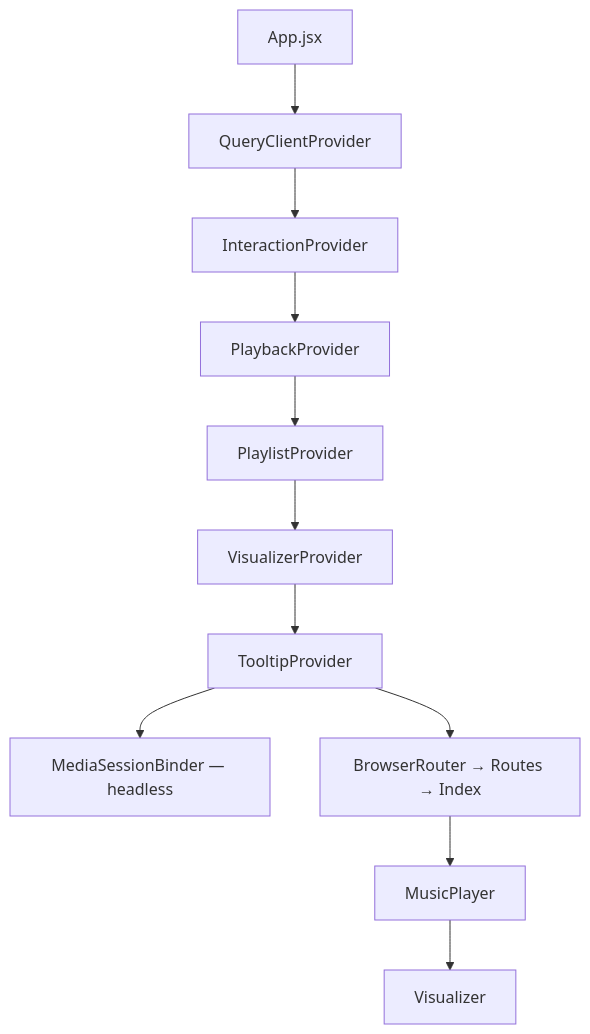
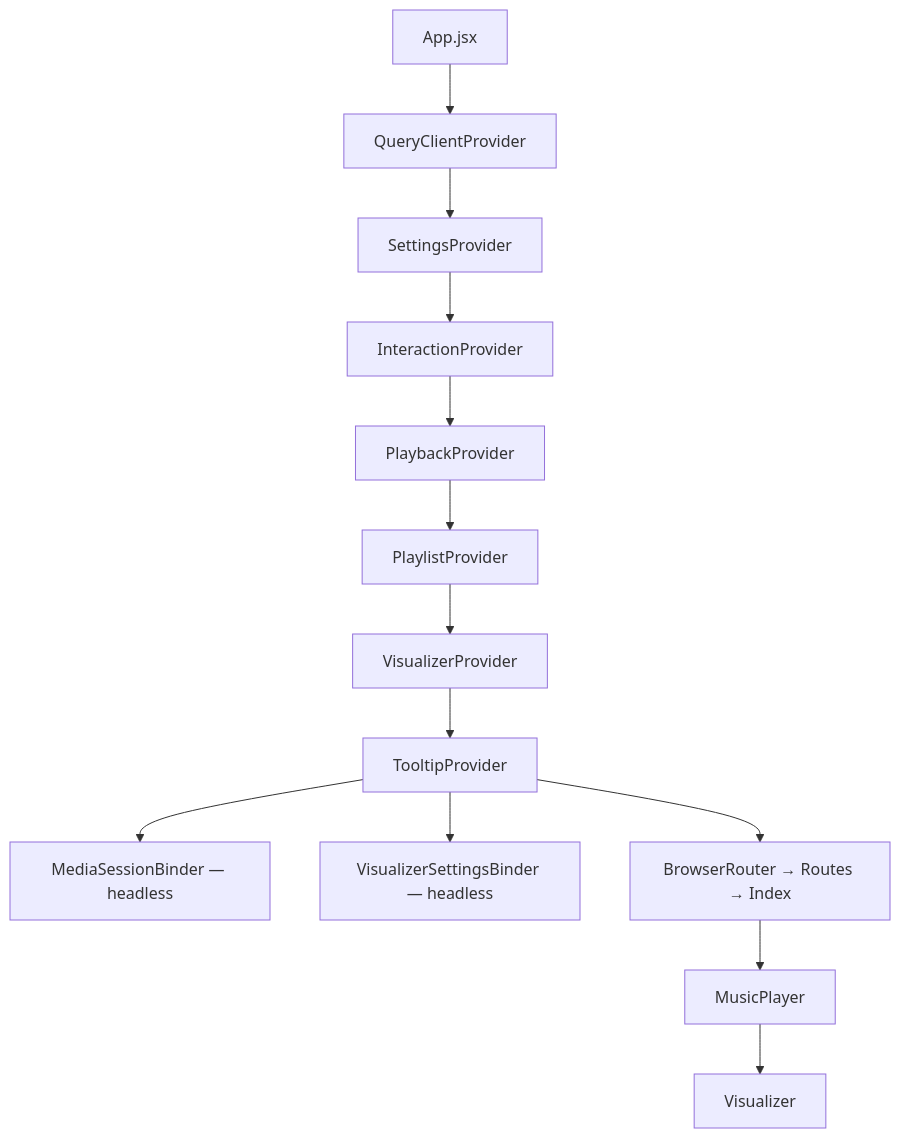
Before and after one commit to tansautn/darkwave-visualizer-player: the diagram in docs/architect/README.md, drawn with Mermaid. The commit also changed other lines of this file and 22 other files, not shown here.

````diff
--- a/docs/architect/README.md
+++ b/docs/architect/README.md
@@ -9,19 +9,22 @@
 ```mermaid
 graph TD
   App[App.jsx]
   QC[QueryClientProvider]
+  SP[SettingsProvider]
   IP[InteractionProvider]
   PB[PlaybackProvider]
   PL[PlaylistProvider]
   VP[VisualizerProvider]
   TT[TooltipProvider]
   MSB[MediaSessionBinder — headless]
+  VSB[VisualizerSettingsBinder — headless]
   Router[BrowserRouter → Routes → Index]
   MP[MusicPlayer]
   VZ[Visualizer]
 
-  App --> QC --> IP --> PB --> PL --> VP --> TT
+  App --> QC --> SP --> IP --> PB --> PL --> VP --> TT
   TT --> MSB
+  TT --> VSB
   TT --> Router --> MP
   MP --> VZ
 ```
````
